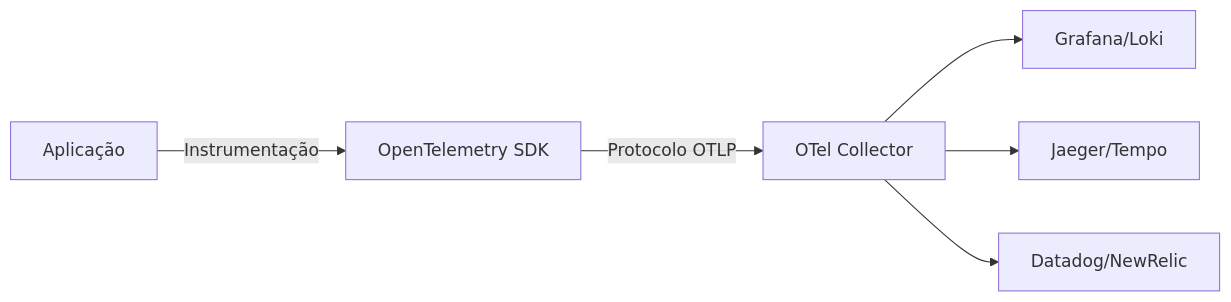
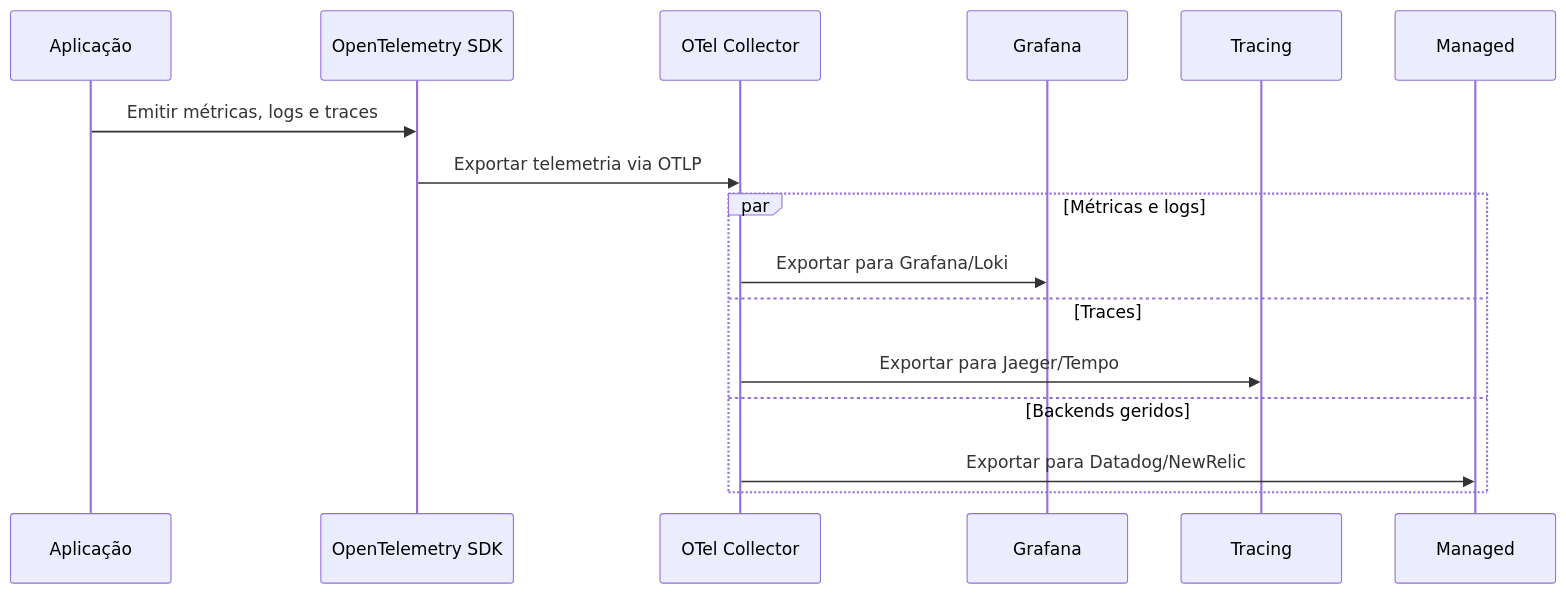
The second of 2 diagrams in content/pt/articles/observability-systems/index.md (dyotamo/blog), drawn with Mermaid before and after one commit. The commit also changed other lines of this file and 26 other files, not shown here.

````diff
--- a/content/pt/articles/observability-systems/index.md
+++ b/content/pt/articles/observability-systems/index.md
@@ -85,8 +85,15 @@
 ```mermaid
-graph LR
-    App[Aplicação] -->|Instrumentação| OTel[OpenTelemetry SDK]
-    OTel -->|Protocolo OTLP| Collector[OTel Collector]
-    Collector --> Backend1[Grafana/Loki]
-    Collector --> Backend2[Jaeger/Tempo]
-    Collector --> Backend3[Datadog/NewRelic]
+sequenceDiagram
+    participant App as Aplicação
+    participant SDK as OpenTelemetry SDK
+    participant Collector as OTel Collector
+    App->>SDK: Emitir métricas, logs e traces
+    SDK->>Collector: Exportar telemetria via OTLP
+    par Métricas e logs
+        Collector->>Grafana: Exportar para Grafana/Loki
+    and Traces
+        Collector->>Tracing: Exportar para Jaeger/Tempo
+    and Backends geridos
+        Collector->>Managed: Exportar para Datadog/NewRelic
+    end
 ```
````
